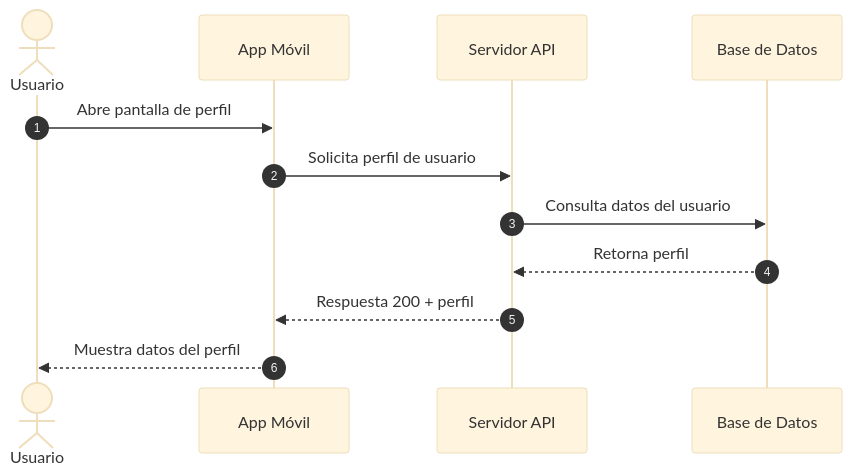
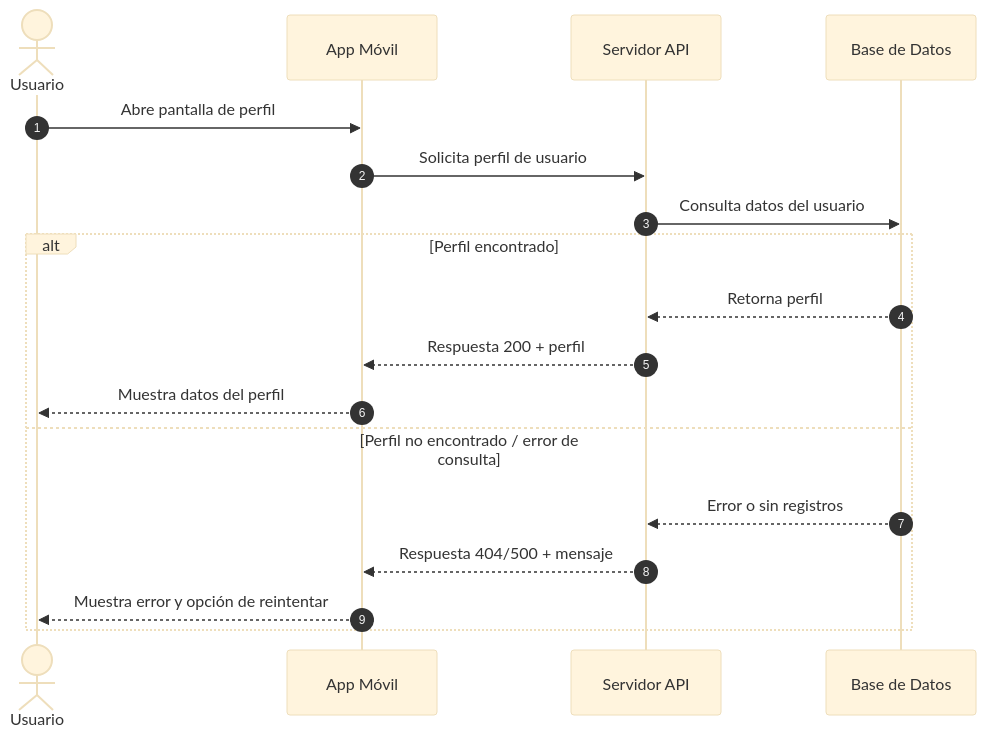
One commit to asobrados03/HumanPerformApp changed the first of 12 diagrams in docs/SEQUENCE_DIAGRAMS.md. Above: the diagram before and after it, drawn with Mermaid (base theme). The commit also changed other lines of this file, not shown here.

Commit message:
docs: agrega unhappy paths en diagramas de secuencia

````diff
--- a/docs/SEQUENCE_DIAGRAMS.md
+++ b/docs/SEQUENCE_DIAGRAMS.md
@@ -9,15 +9,21 @@
 ```mermaid
 sequenceDiagram
     autonumber
     actor U as Usuario
     participant APP as App Móvil
     participant API as Servidor API
     participant DB as Base de Datos
 
     U->>APP: Abre pantalla de perfil
     APP->>API: Solicita perfil de usuario
     API->>DB: Consulta datos del usuario
-    DB-->>API: Retorna perfil
-    API-->>APP: Respuesta 200 + perfil
-    APP-->>U: Muestra datos del perfil
+    alt Perfil encontrado
+        DB-->>API: Retorna perfil
+        API-->>APP: Respuesta 200 + perfil
+        APP-->>U: Muestra datos del perfil
+    else Perfil no encontrado / error de consulta
+        DB-->>API: Error o sin registros
+        API-->>APP: Respuesta 404/500 + mensaje
+        APP-->>U: Muestra error y opción de reintentar
+    end
 ```
````
